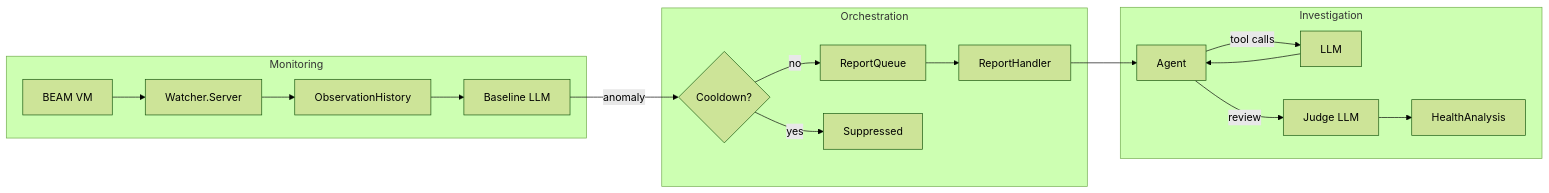
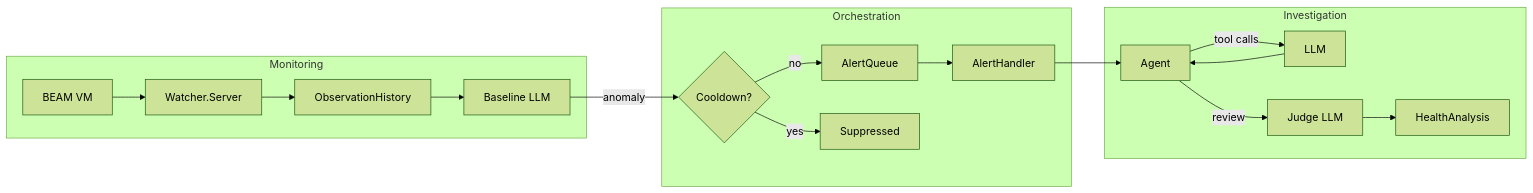
The second of 3 diagrams in docs/architecture.md (beamlens/beamlens), drawn with Mermaid (forest theme) before and after one commit. The commit also changed other lines of this file and 28 other files, not shown here.

First line of the commit message:
Rename Report to Alert and fix documentation

````diff
--- a/docs/architecture.md
+++ b/docs/architecture.md
@@ -58,23 +38,23 @@
 ```mermaid
 flowchart LR
     subgraph Monitoring
         VM[BEAM VM] --> S[Watcher.Server]
         S --> OH[ObservationHistory]
         OH --> BL[Baseline LLM]
     end
 
     subgraph Orchestration
         BL --> |anomaly| CD{Cooldown?}
-        CD --> |no| Q[ReportQueue]
+        CD --> |no| Q[AlertQueue]
         CD --> |yes| X[Suppressed]
-        Q --> H[ReportHandler]
+        Q --> H[AlertHandler]
     end
 
     subgraph Investigation
         H --> A[Agent]
         A --> |tool calls| LLM[LLM]
         LLM --> A
         A --> |review| J[Judge LLM]
         J --> R[HealthAnalysis]
     end
 ```
````
